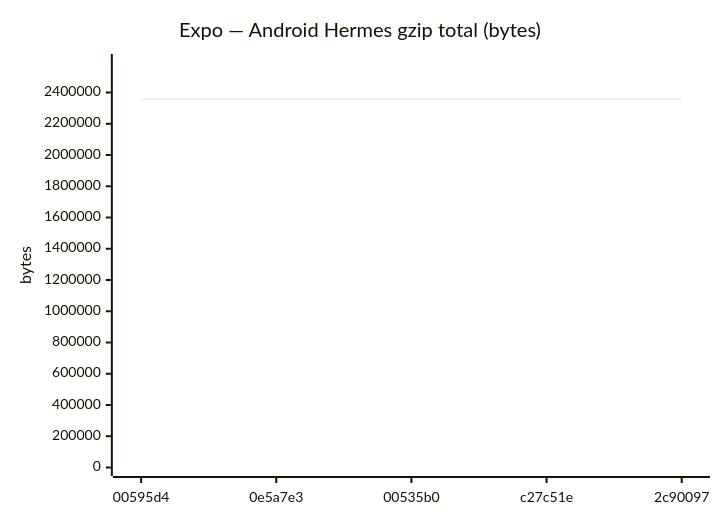
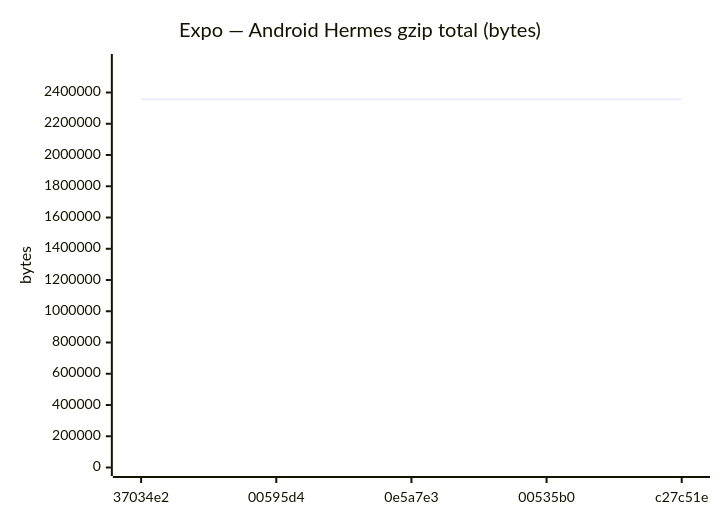
Diagram 15 of 24 in benchmarks/compare.md (Metaheurist/Rianell), drawn with Mermaid before and after one commit. The commit also changed other lines of this file and 12 other files, not shown here.

````diff
--- a/benchmarks/compare.md
+++ b/benchmarks/compare.md
@@ -209,7 +213,7 @@
 ```mermaid
 xychart-beta
     title "Expo — Android Hermes gzip total (bytes)"
-    x-axis ["00595d4", "0e5a7e3", "00535b0", "c27c51e", "2c90097"]
+    x-axis ["37034e2", "00595d4", "0e5a7e3", "00535b0", "c27c51e"]
     y-axis "bytes" 0 --> 2592122
-    line [2356474, 2356472, 2356301, 2356304, 2356302]
+    line [2356472, 2356474, 2356472, 2356301, 2356304]
 ```
````
